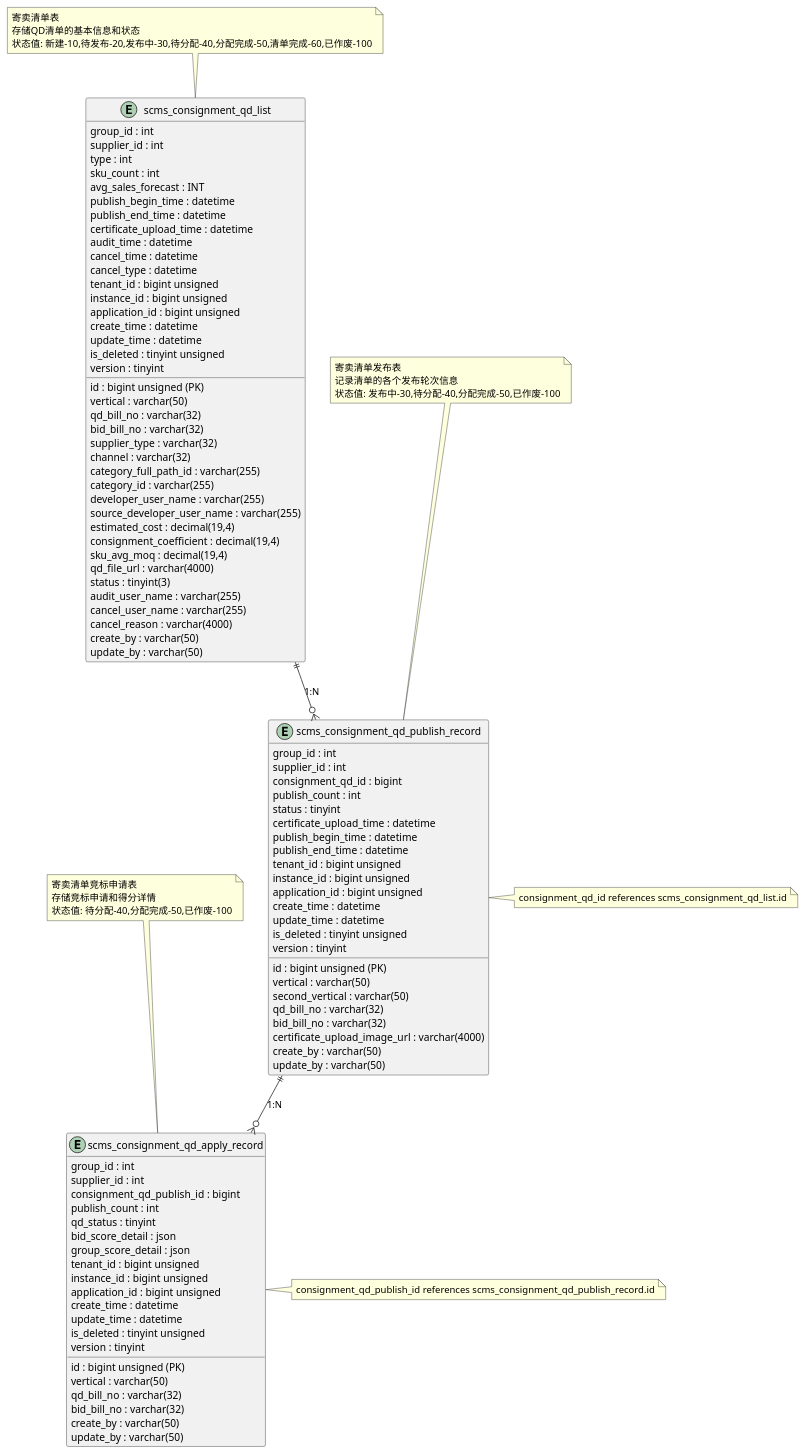
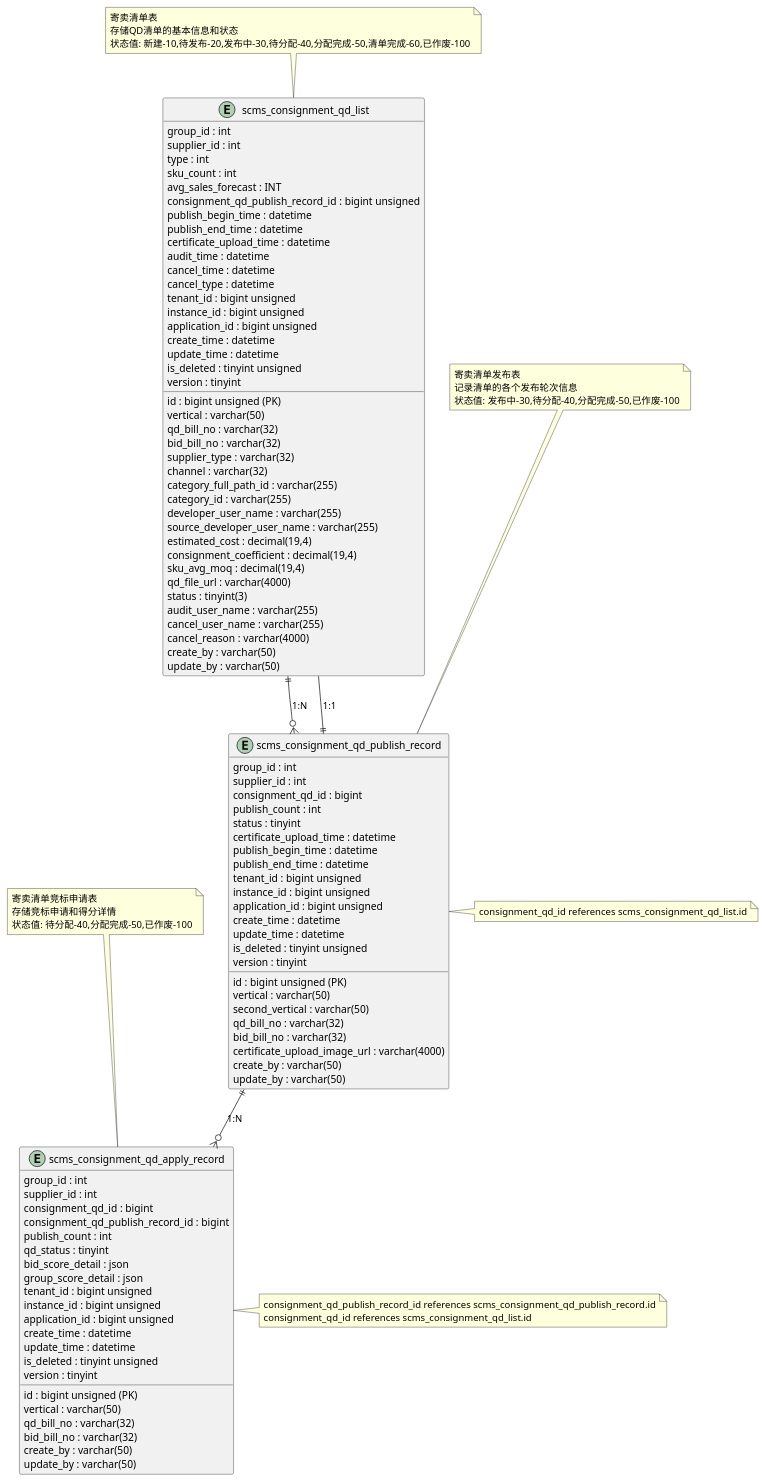
One commit to shallowdream1997/ShallowDream-LeetCode-PHP changed the diagram in uml/寄卖商接单流程重构/数据库ER图.puml. Above: the diagram before and after it, drawn with PlantUML. The commit also changed 19 other files, not shown here.

```diff
--- a/uml/寄卖商接单流程重构/数据库ER图.puml
+++ b/uml/寄卖商接单流程重构/数据库ER图.puml
@@ -1,124 +1,128 @@
 @startuml
 
 entity "scms_consignment_qd_list" as scms_consignment_qd_list {
     id : bigint unsigned (PK)
     group_id : int
     supplier_id : int
     vertical : varchar(50)
     qd_bill_no : varchar(32)
     bid_bill_no : varchar(32)
     type : int
     supplier_type : varchar(32)
     channel : varchar(32)
     category_full_path_id : varchar(255)
     category_id : varchar(255)
     developer_user_name : varchar(255)
     source_developer_user_name : varchar(255)
     sku_count : int
     estimated_cost : decimal(19,4)
     consignment_coefficient : decimal(19,4)
     avg_sales_forecast : INT
     sku_avg_moq : decimal(19,4)
     qd_file_url : varchar(4000)
     status : tinyint(3)
+    consignment_qd_publish_record_id : bigint unsigned
     publish_begin_time : datetime
     publish_end_time : datetime
     certificate_upload_time : datetime
     audit_user_name : varchar(255)
     audit_time : datetime
     cancel_user_name : varchar(255)
     cancel_time : datetime
     cancel_type : datetime
     cancel_reason : varchar(4000)
     tenant_id : bigint unsigned
     instance_id : bigint unsigned
     application_id : bigint unsigned
     create_by : varchar(50)
     update_by : varchar(50)
     create_time : datetime
     update_time : datetime
     is_deleted : tinyint unsigned
     version : tinyint
 }
 
 entity "scms_consignment_qd_publish_record" as scms_consignment_qd_publish_record {
     id : bigint unsigned (PK)
     group_id : int
     supplier_id : int
     vertical : varchar(50)
     second_vertical : varchar(50)
     consignment_qd_id : bigint
     qd_bill_no : varchar(32)
     bid_bill_no : varchar(32)
     publish_count : int
     status : tinyint
     certificate_upload_image_url : varchar(4000)
     certificate_upload_time : datetime
     publish_begin_time : datetime
     publish_end_time : datetime
     tenant_id : bigint unsigned
     instance_id : bigint unsigned
     application_id : bigint unsigned
     create_by : varchar(50)
     update_by : varchar(50)
     create_time : datetime
     update_time : datetime
     is_deleted : tinyint unsigned
     version : tinyint
 }
 
 entity "scms_consignment_qd_apply_record" as scms_consignment_qd_apply_record {
     id : bigint unsigned (PK)
     group_id : int
     supplier_id : int
     vertical : varchar(50)
     qd_bill_no : varchar(32)
     bid_bill_no : varchar(32)
-    consignment_qd_publish_id : bigint
+    consignment_qd_id : bigint
+    consignment_qd_publish_record_id : bigint
     publish_count : int
     qd_status : tinyint
     bid_score_detail : json
     group_score_detail : json
     tenant_id : bigint unsigned
     instance_id : bigint unsigned
     application_id : bigint unsigned
     create_by : varchar(50)
     update_by : varchar(50)
     create_time : datetime
     update_time : datetime
     is_deleted : tinyint unsigned
     version : tinyint
 }
 
 ' 定义实体间的关系
 scms_consignment_qd_list ||--o{ scms_consignment_qd_publish_record : "1:N"
+scms_consignment_qd_list --|| scms_consignment_qd_publish_record : "1:1"
 scms_consignment_qd_publish_record ||--o{ scms_consignment_qd_apply_record : "1:N"
 
 ' 添加外键关系说明
 note right of scms_consignment_qd_publish_record
   consignment_qd_id references scms_consignment_qd_list.id
 end note
 
 note right of scms_consignment_qd_apply_record
-  consignment_qd_publish_id references scms_consignment_qd_publish_record.id
+  consignment_qd_publish_record_id references scms_consignment_qd_publish_record.id
+  consignment_qd_id references scms_consignment_qd_list.id
 end note
 
 note top of scms_consignment_qd_list
   寄卖清单表
   存储QD清单的基本信息和状态
   状态值: 新建-10,待发布-20,发布中-30,待分配-40,分配完成-50,清单完成-60,已作废-100
 end note
 
 note top of scms_consignment_qd_publish_record
   寄卖清单发布表
   记录清单的各个发布轮次信息
   状态值: 发布中-30,待分配-40,分配完成-50,已作废-100
 end note
 
 note top of scms_consignment_qd_apply_record
   寄卖清单竞标申请表
   存储竞标申请和得分详情
   状态值: 待分配-40,分配完成-50,已作废-100
 end note
 
 @enduml
```
